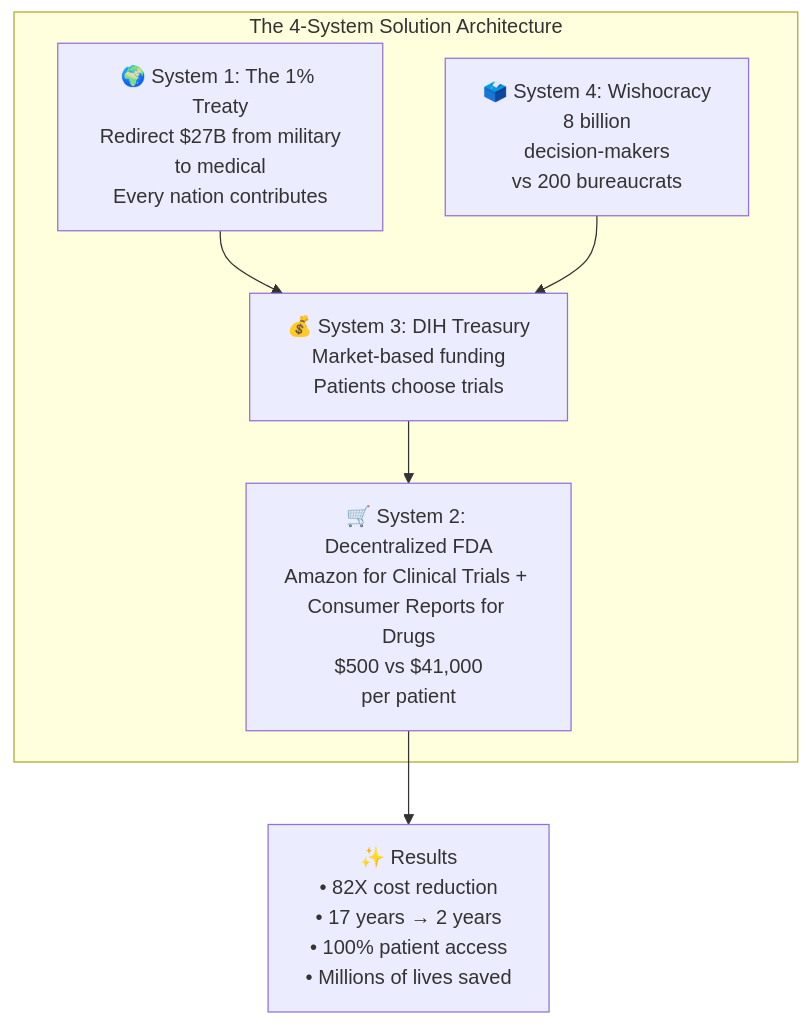
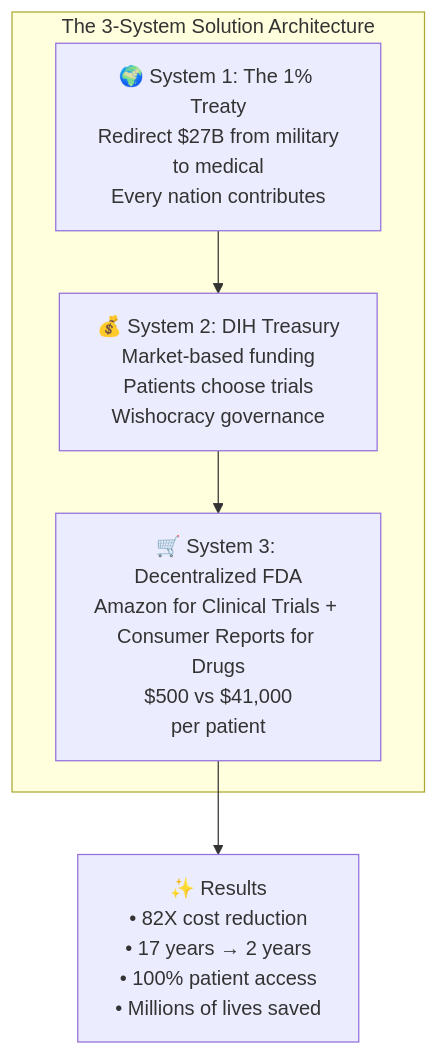
Before and after one commit to mikepsinn/disease-eradication-plan: the second of 6 diagrams in index.qmd, drawn with Mermaid. The commit also changed other lines of this file, not shown here.

````diff
--- a/index.qmd
+++ b/index.qmd
@@ -162,17 +162,14 @@
 ```{mermaid}
 flowchart TB
-    subgraph "The 4-System Solution Architecture"
+    subgraph "The 3-System Solution Architecture"
         Treaty["🌍 System 1: The 1% Treaty<br/>Redirect $27B from military<br/>to medical<br/>Every nation contributes"]
 
-        dFDA["🛒 System 2: Decentralized FDA<br/>Amazon for Clinical Trials + Consumer Reports for Drugs<br/>$500 vs $41,000<br/>per patient"]
+        DIH["💰 System 2: DIH Treasury<br/>Market-based funding<br/>Patients choose trials<br/>Wishocracy governance"]
 
-        DIH["💰 System 3: DIH Treasury<br/>Market-based funding<br/>Patients choose trials"]
-
-        Wish["🗳️ System 4: Wishocracy<br/>8 billion<br/>decision-makers<br/>vs 200 bureaucrats"]
+        dFDA["🛒 System 3: Decentralized FDA<br/>Amazon for Clinical Trials + Consumer Reports for Drugs<br/>$500 vs $41,000<br/>per patient"]
     end
 
     Treaty --> DIH
     DIH --> dFDA
-    Wish --> DIH
     dFDA --> Results["✨ Results<br/>• 82X cost reduction<br/>• 17 years → 2 years<br/>• 100% patient access<br/>• Millions of lives saved"]
 ```
````
